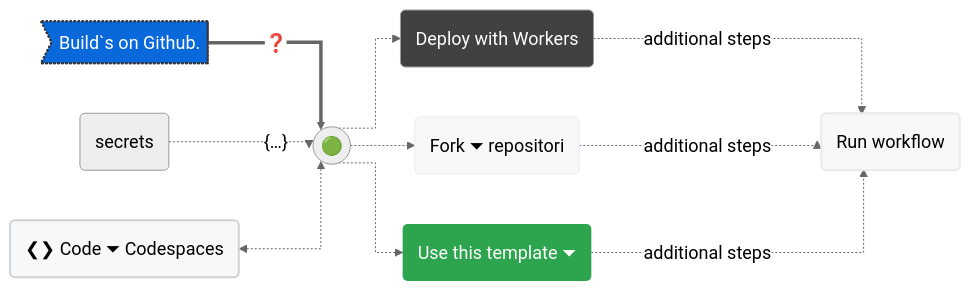
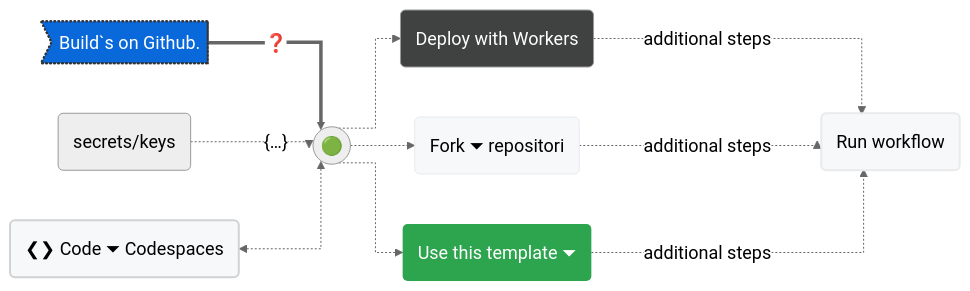
The diagram in README.md (milankomaj/dev-badge), drawn with Mermaid before and after one commit.

````diff
--- a/README.md
+++ b/README.md
@@ -12,27 +12,27 @@
 ```mermaid
 %%{init: {'theme': 'neutral', 'themeVariables': { 'fontSize': '18px'}}}%%
 %%{ init: { 'flowchart': { 'curve': 'stepAfter' } } }%%
 flowchart LR
 
 A>Build`s on Github.] ==>|"#10067;"| B
-X("secrets") .->|"{#133;}"|B(("🟢"))
+X("secrets/keys") .->|"{#133;}"|B(("🟢"))
 G("#10094;#10095;  Code #9207; Codespaces")<.->B(("🟢"))
 B(("🟢")) .->C("Deploy with Workers")
 B(("🟢")) .->D("Fork #9207; repositori")
 B(("🟢")) .->E("Use this template #9207;")
 C & D & E -..->|"additional steps"| F("Run workflow") 
 
 style F fill:#f6f8fa,stroke:#333,stroke-width:2px
 style C fill:#404242,color:#fefefe
 style D fill:#f6f8fa,stroke:#e9eaec
 style E fill:#2da44e,stroke-width:0px,color:#ffffff
 style F fill:#f6f8fa,stroke:#e9eaec
 style G fill:#f6f8fa,stroke:#d1d2d4,stroke-width:2px
 style A fill:#0969da,stroke:#333,stroke-width:2px,color:#fff,stroke-dasharray: 2 2
 
 click A "https://github.com/milankomaj/dev-badge"
 click D "https://github.com/milankomaj/dev-badge/fork"
 click E "https://github.com/milankomaj/dev-badge/generate"
 click G "https://github.com/codespaces"
 
 ```
````
